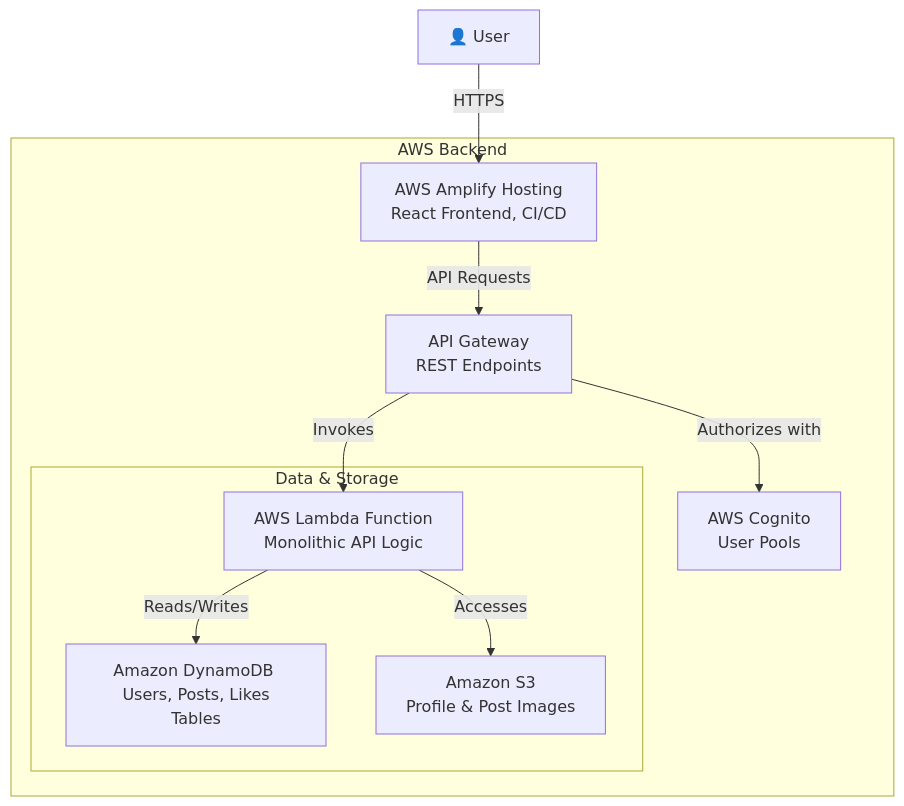
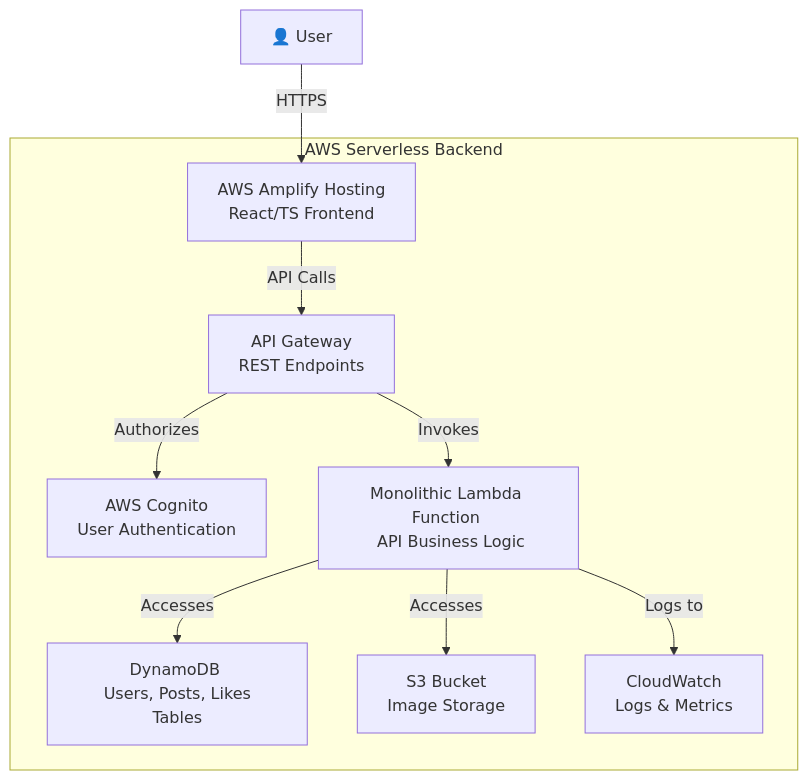
One commit to AkumaBlazeX/bolt-achomate changed the diagram in Documents/Synopsis.md. Above: the diagram before and after it, drawn with Mermaid. The commit also changed other lines of this file, not shown here.

````diff
--- a/Documents/Synopsis.md
+++ b/Documents/Synopsis.md
@@ -51,15 +51,14 @@
 ```mermaid
 graph TD
-    User[👤 User] -- HTTPS --> Amplify[AWS Amplify Hosting <br> React Frontend, CI/CD];
+    User[👤 User] -- HTTPS --> Amplify[AWS Amplify Hosting <br> React/TS Frontend];
 
-    subgraph "AWS Backend"
-        Amplify -- API Requests --> APIGateway[API Gateway <br> REST Endpoints];
-        APIGateway -- Authorizes with --> Cognito[AWS Cognito <br> User Pools];
-        APIGateway -- Invokes --> Lambda[AWS Lambda Function <br> Monolithic API Logic];
-
-        subgraph "Data & Storage"
-            Lambda -- Reads/Writes --> DynamoDB[Amazon DynamoDB <br> Users, Posts, Likes Tables];
-            Lambda -- Accesses --> S3[Amazon S3 <br> Profile & Post Images];
-        end
+    subgraph "AWS Serverless Backend"
+        Amplify -- API Calls --> APIGateway[API Gateway <br> REST Endpoints];
+        APIGateway -- Authorizes --> Cognito[AWS Cognito <br> User Authentication];
+        APIGateway -- Invokes --> Lambda[Monolithic Lambda Function <br> API Business Logic];
+        
+        Lambda -- Accesses --> DynamoDB[DynamoDB <br> Users, Posts, Likes Tables];
+        Lambda -- Accesses --> S3[S3 Bucket <br> Image Storage];
+        Lambda -- Logs to --> CloudWatch[CloudWatch <br> Logs & Metrics];
     end
 ```
````
